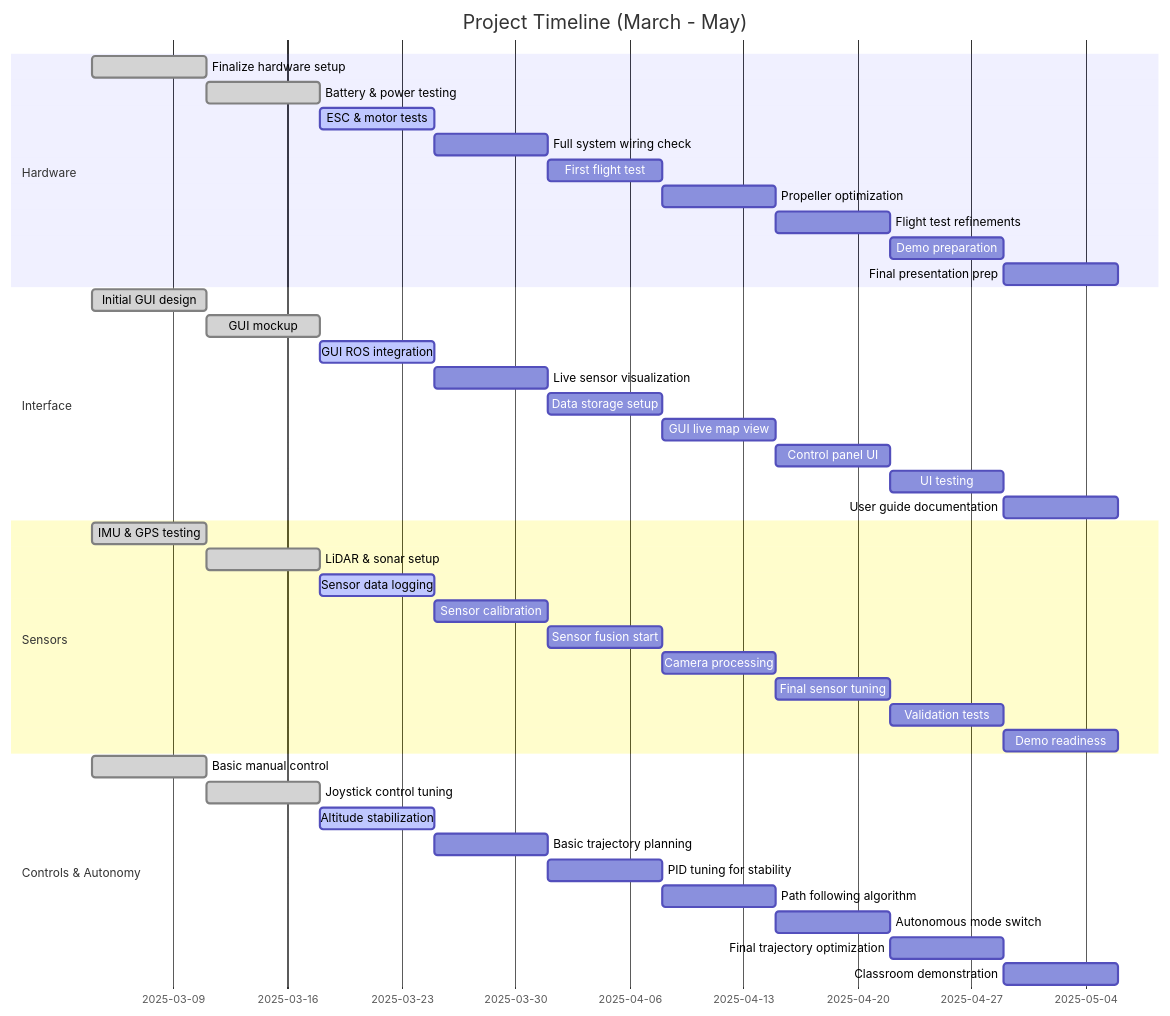
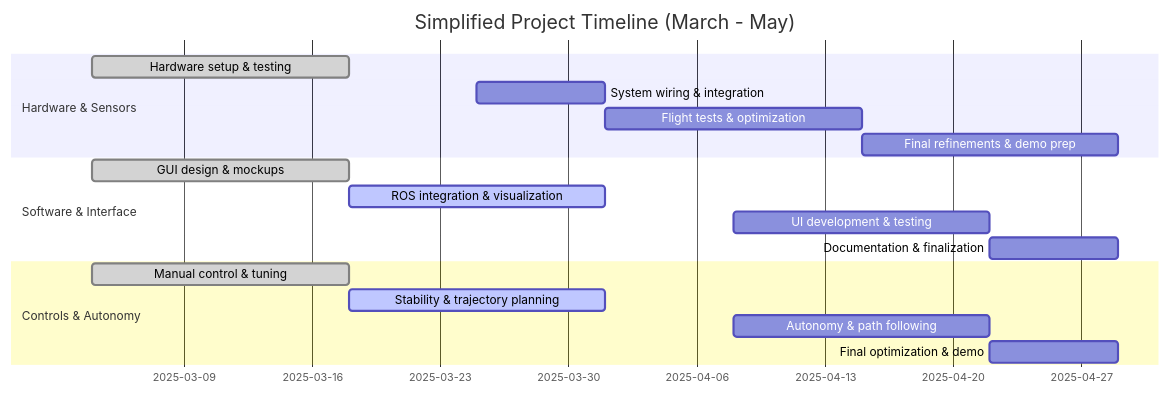
One commit to RAS598-2025-S-Team03/RAS598-2025-S-Team03.github.io changed the diagram in docs/gantt.md. Above: the diagram before and after it, drawn with Mermaid.

Commit message:
Condensed Gantt chart

````diff
--- a/docs/gantt.md
+++ b/docs/gantt.md
@@ -22,50 +73,24 @@
 ```mermaid
 %%{init: {'themeVariables': {'opacity': '1'}}}%%
 gantt
-    title Project Timeline (March - May)
+    title Simplified Project Timeline (March - May)
     dateFormat  YYYY-MM-DD
+
+    section Hardware & Sensors
+    Hardware setup & testing       :done, 2025-03-04, 14d
+    System wiring & integration    :2025-03-25, 7d
+    Flight tests & optimization    :2025-04-01, 14d
+    Final refinements & demo prep  :2025-04-15, 14d
     
-    section Hardware
-    Finalize hardware setup         :done, 2025-03-04, 7d
-    Battery & power testing         :done, 2025-03-11, 7d
-    ESC & motor tests               :active, 2025-03-18, 7d
-    Full system wiring check        :2025-03-25, 7d
-    First flight test               :2025-04-01, 7d
-    Propeller optimization          :2025-04-08, 7d
-    Flight test refinements         :2025-04-15, 7d
-    Demo preparation                :2025-04-22, 7d
-    Final presentation prep         :2025-04-29, 7d
-    
-    section Interface
-    Initial GUI design              :done, 2025-03-04, 7d
-    GUI mockup                      :done, 2025-03-11, 7d
-    GUI ROS integration             :active, 2025-03-18, 7d
-    Live sensor visualization       :2025-03-25, 7d
-    Data storage setup              :2025-04-01, 7d
-    GUI live map view               :2025-04-08, 7d
-    Control panel UI                :2025-04-15, 7d
-    UI testing                      :2025-04-22, 7d
-    User guide documentation        :2025-04-29, 7d
-    
-    section Sensors
-    IMU & GPS testing               :done, 2025-03-04, 7d
-    LiDAR & sonar setup             :done, 2025-03-11, 7d
-    Sensor data logging             :active, 2025-03-18, 7d
-    Sensor calibration              :2025-03-25, 7d
-    Sensor fusion start             :2025-04-01, 7d
-    Camera processing               :2025-04-08, 7d
-    Final sensor tuning             :2025-04-15, 7d
-    Validation tests                :2025-04-22, 7d
-    Demo readiness                  :2025-04-29, 7d
-    
+    section Software & Interface
+    GUI design & mockups           :done, 2025-03-04, 14d
+    ROS integration & visualization:active, 2025-03-18, 14d
+    UI development & testing       :2025-04-08, 14d
+    Documentation & finalization   :2025-04-22, 7d
+
     section Controls & Autonomy
-    Basic manual control            :done, 2025-03-04, 7d
-    Joystick control tuning         :done, 2025-03-11, 7d
-    Altitude stabilization          :active, 2025-03-18, 7d
-    Basic trajectory planning       :2025-03-25, 7d
-    PID tuning for stability        :2025-04-01, 7d
-    Path following algorithm        :2025-04-08, 7d
-    Autonomous mode switch          :2025-04-15, 7d
-    Final trajectory optimization   :2025-04-22, 7d
-    Classroom demonstration         :2025-04-29, 7d
+    Manual control & tuning        :done, 2025-03-04, 14d
+    Stability & trajectory planning:active, 2025-03-18, 14d
+    Autonomy & path following      :2025-04-08, 14d
+    Final optimization & demo      :2025-04-22, 7d
 ```
````
